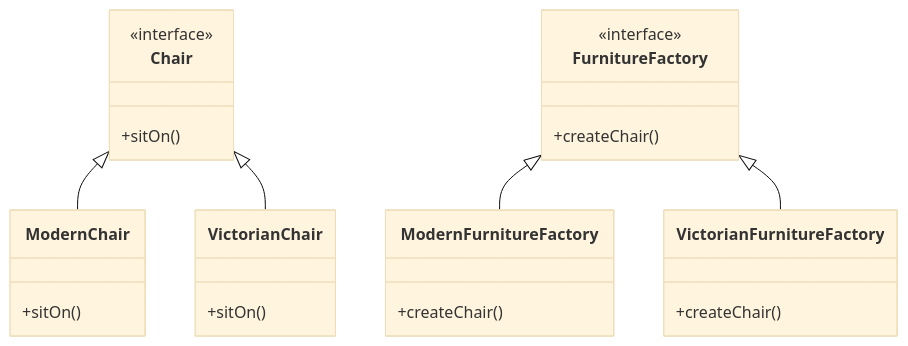
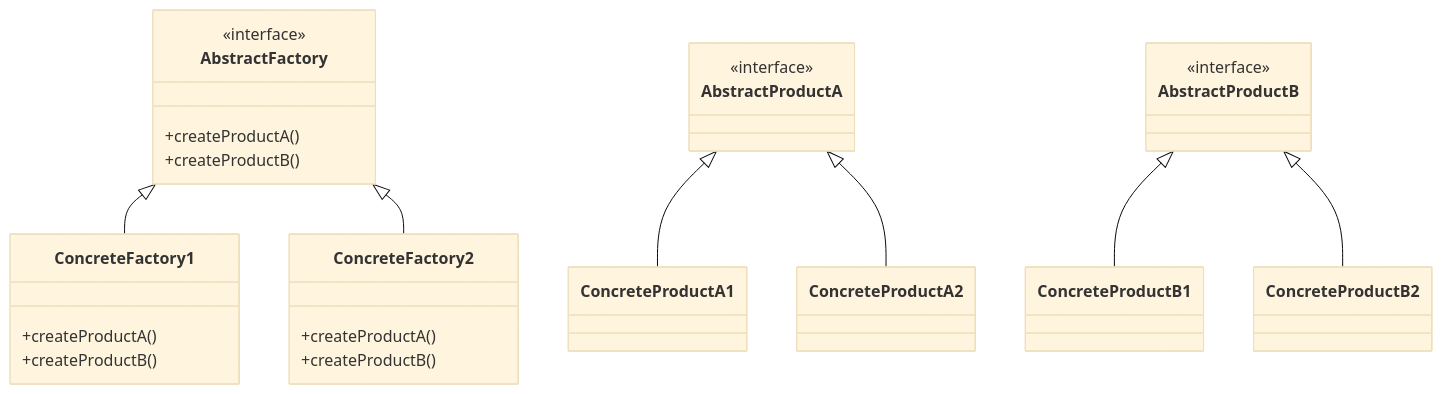
Before and after one commit to 42jerrykim/42jerrykim.github.io: the seventh of 8 diagrams in articles/_designpattern/01_abstract_factory.md, drawn with Mermaid (base theme). The commit also changed other lines of this file and 1 other file, not shown here.

````diff
--- a/articles/_designpattern/01_abstract_factory.md
+++ b/articles/_designpattern/01_abstract_factory.md
@@ -985,28 +926,41 @@
 ```mermaid
 classDiagram
-    class Chair {
+    class AbstractFactory {
         <<interface>>
-        +sitOn()
-    }
-    class ModernChair {
-        +sitOn()
-    }
-    class VictorianChair {
-        +sitOn()
-    }
-    class FurnitureFactory {
-        <<interface>>
-        +createChair()
-    }
-    class ModernFurnitureFactory {
-        +createChair()
-    }
-    class VictorianFurnitureFactory {
-        +createChair()
+        +createProductA()
+        +createProductB()
     }
 
-    FurnitureFactory <|-- ModernFurnitureFactory
-    FurnitureFactory <|-- VictorianFurnitureFactory
-    Chair <|-- ModernChair
-    Chair <|-- VictorianChair
+    class ConcreteFactory1 {
+        +createProductA()
+        +createProductB()
+    }
+
+    class ConcreteFactory2 {
+        +createProductA()
+        +createProductB()
+    }
+
+    class AbstractProductA {
+        <<interface>>
+    }
+
+    class ConcreteProductA1 
+
+    class ConcreteProductA2 
+
+    class AbstractProductB {
+        <<interface>>
+    }
+
+    class ConcreteProductB1 
+
+    class ConcreteProductB2 
+
+    AbstractFactory <|-- ConcreteFactory1
+    AbstractFactory <|-- ConcreteFactory2
+    AbstractProductA <|-- ConcreteProductA1
+    AbstractProductA <|-- ConcreteProductA2
+    AbstractProductB <|-- ConcreteProductB1
+    AbstractProductB <|-- ConcreteProductB2
 ```
````
